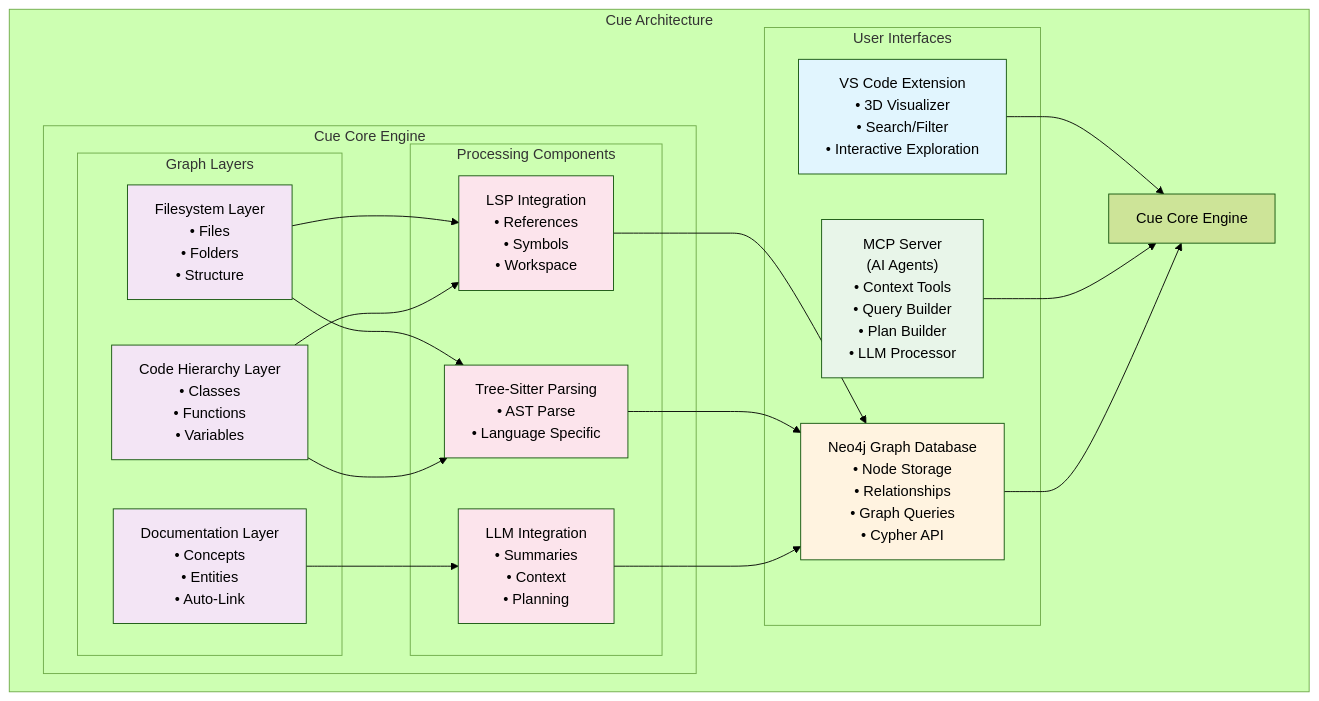
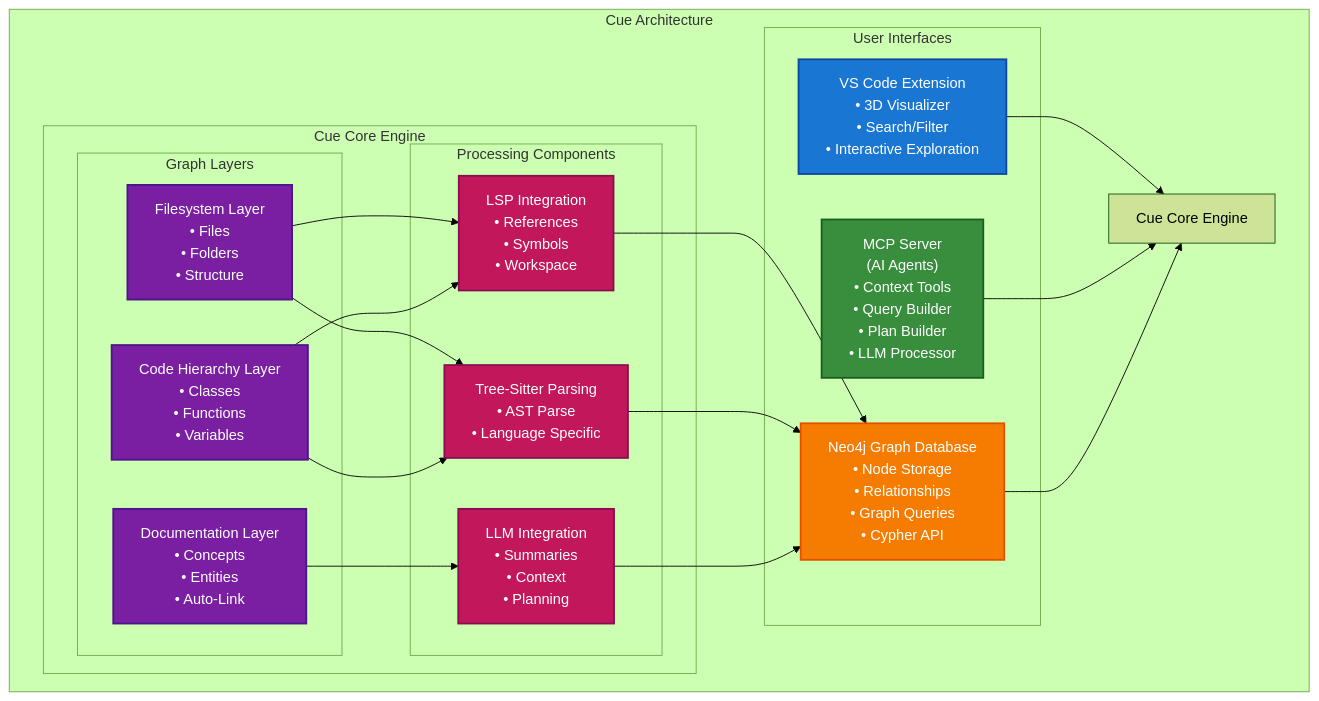
The diagram in README.md (rysweet/cue), drawn with Mermaid (forest theme) before and after one commit.

Commit message:
fix: drastically improve Mermaid diagram text contrast with dark backgrounds
- Changed to solid dark background colors with white text
- VS Code Extension: Deep blue (#1976d2) with white text
- MCP Server: Dark green (#388e3c) with white text
- Neo4j Database: Dark orange (#f57c00) with white text
- Graph Layers: Dark purple (#7b1fa2) with white text
- Processing Components: Dark pink (#c2185b) with white text
- Added darker stroke colors for better definition
- Ensures excellent readability and accessibility

Fixes #75

🤖 Generated with [Claude Code](https://claude.ai/code)

````diff
--- a/README.md
+++ b/README.md
@@ -22,48 +22,48 @@
 ```mermaid
 graph TB
     subgraph "Cue Architecture"
         subgraph "User Interfaces"
             VSCode["VS Code Extension<br/>• 3D Visualizer<br/>• Search/Filter<br/>• Interactive Exploration"]
             MCP["MCP Server<br/>(AI Agents)<br/>• Context Tools<br/>• Query Builder<br/>• Plan Builder<br/>• LLM Processor"]
             Neo4j["Neo4j Graph Database<br/>• Node Storage<br/>• Relationships<br/>• Graph Queries<br/>• Cypher API"]
         end
         
         subgraph "Cue Core Engine"
             subgraph "Graph Layers"
                 FS["Filesystem Layer<br/>• Files<br/>• Folders<br/>• Structure"]
                 CH["Code Hierarchy Layer<br/>• Classes<br/>• Functions<br/>• Variables"]
                 DOC["Documentation Layer<br/>• Concepts<br/>• Entities<br/>• Auto-Link"]
             end
             
             subgraph "Processing Components"
                 LSP["LSP Integration<br/>• References<br/>• Symbols<br/>• Workspace"]
                 TS["Tree-Sitter Parsing<br/>• AST Parse<br/>• Language Specific"]
                 LLM["LLM Integration<br/>• Summaries<br/>• Context<br/>• Planning"]
             end
         end
         
         VSCode --> Core[Cue Core Engine]
         MCP --> Core
         Neo4j --> Core
         
         FS --> LSP
         FS --> TS
         CH --> LSP
         CH --> TS
         DOC --> LLM
         
         LSP --> Neo4j
         TS --> Neo4j
         LLM --> Neo4j
     end
     
-    style VSCode fill:#e1f5fe
-    style MCP fill:#e8f5e9
-    style Neo4j fill:#fff3e0
-    style FS fill:#f3e5f5
-    style CH fill:#f3e5f5
-    style DOC fill:#f3e5f5
-    style LSP fill:#fce4ec
-    style TS fill:#fce4ec
-    style LLM fill:#fce4ec
+    style VSCode fill:#1976d2,color:#ffffff,stroke:#0d47a1,stroke-width:2px
+    style MCP fill:#388e3c,color:#ffffff,stroke:#1b5e20,stroke-width:2px
+    style Neo4j fill:#f57c00,color:#ffffff,stroke:#e65100,stroke-width:2px
+    style FS fill:#7b1fa2,color:#ffffff,stroke:#4a148c,stroke-width:2px
+    style CH fill:#7b1fa2,color:#ffffff,stroke:#4a148c,stroke-width:2px
+    style DOC fill:#7b1fa2,color:#ffffff,stroke:#4a148c,stroke-width:2px
+    style LSP fill:#c2185b,color:#ffffff,stroke:#880e4f,stroke-width:2px
+    style TS fill:#c2185b,color:#ffffff,stroke:#880e4f,stroke-width:2px
+    style LLM fill:#c2185b,color:#ffffff,stroke:#880e4f,stroke-width:2px
 ```
````
